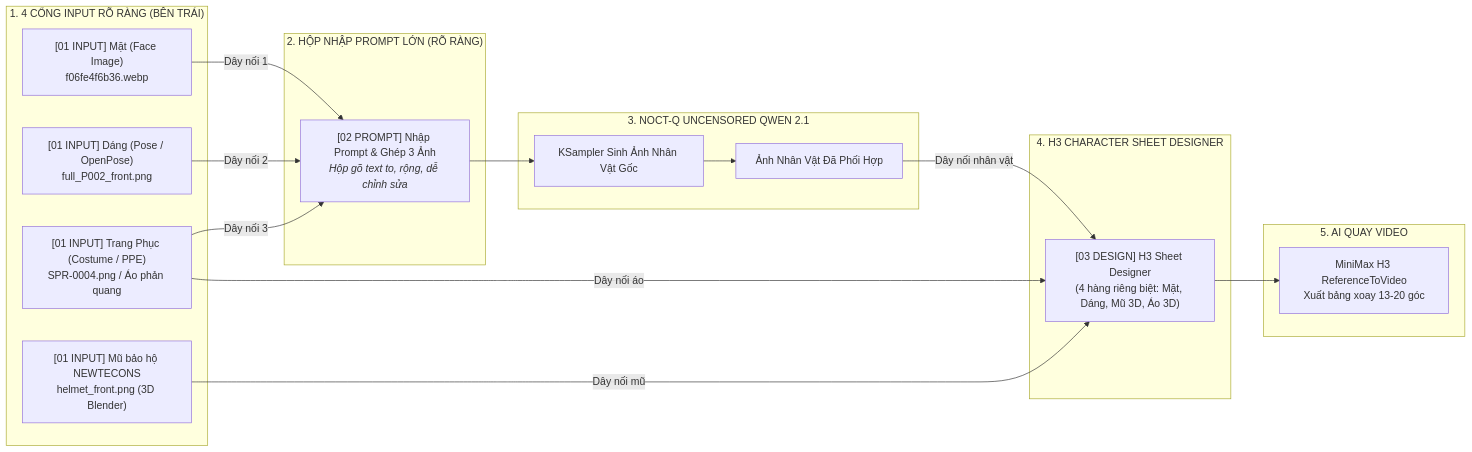
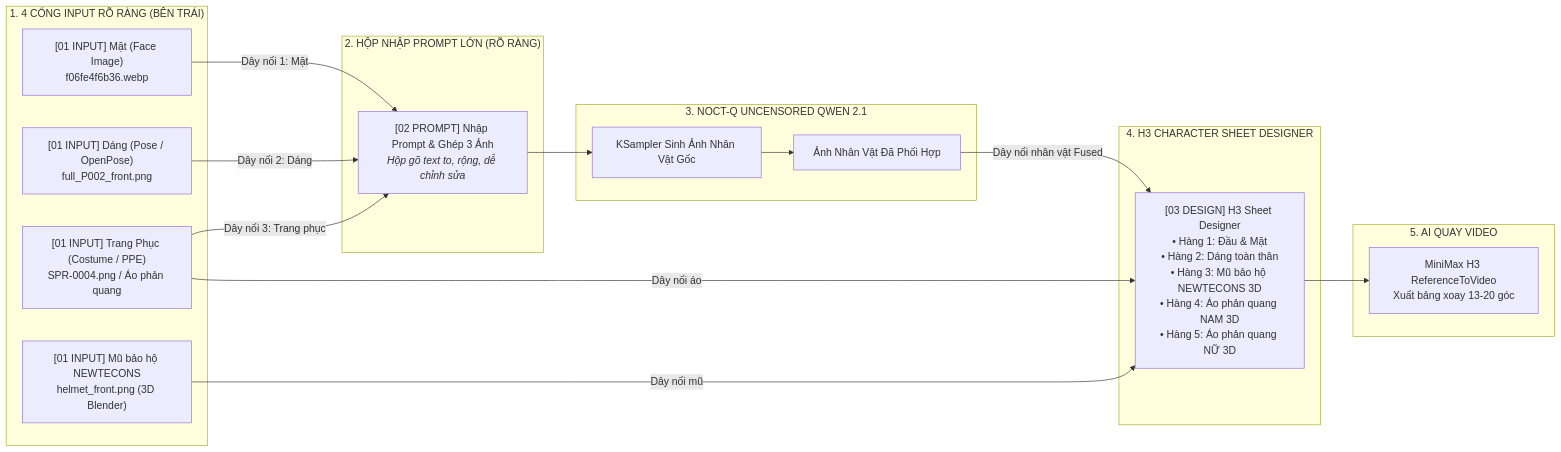
One commit to Long0308/ComfyUIStudio changed the diagram in README.md. Above: the diagram before and after it, drawn with Mermaid. The commit also changed other lines of this file and 10 other files, not shown here.

````diff
--- a/README.md
+++ b/README.md
@@ -148,36 +148,36 @@
 ```mermaid
 flowchart LR
     subgraph IN ["1. 4 CỔNG INPUT RÕ RÀNG (BÊN TRÁI)"]
         A["[01 INPUT] Mặt (Face Image)<br>f06fe4f6b36.webp"]
         B["[01 INPUT] Dáng (Pose / OpenPose)<br>full_P002_front.png"]
         C["[01 INPUT] Trang Phục (Costume / PPE)<br>SPR-0004.png / Áo phản quang"]
         D["[01 INPUT] Mũ bảo hộ NEWTECONS<br>helmet_front.png (3D Blender)"]
     end
 
     subgraph PROMPT_BOX ["2. HỘP NHẬP PROMPT LỚN (RÕ RÀNG)"]
         P["[02 PROMPT] Nhập Prompt & Ghép 3 Ảnh<br><i>Hộp gõ text to, rộng, dễ chỉnh sửa</i>"]
     end
 
     subgraph GEN ["3. NOCT-Q UNCENSORED QWEN 2.1"]
         K["KSampler Sinh Ảnh Nhân Vật Gốc"]
         V["Ảnh Nhân Vật Đã Phối Hợp"]
     end
 
     subgraph SHEET ["4. H3 CHARACTER SHEET DESIGNER"]
-        H3D["[03 DESIGN] H3 Sheet Designer<br>(4 hàng riêng biệt: Mặt, Dáng, Mũ 3D, Áo 3D)"]
+        H3D["[03 DESIGN] H3 Sheet Designer<br>• Hàng 1: Đầu & Mặt<br>• Hàng 2: Dáng toàn thân<br>• Hàng 3: Mũ bảo hộ NEWTECONS 3D<br>• Hàng 4: Áo phản quang NAM 3D<br>• Hàng 5: Áo phản quang NỮ 3D"]
     end
 
     subgraph VIDEO ["5. AI QUAY VIDEO"]
         H3V["MiniMax H3 ReferenceToVideo<br>Xuất bảng xoay 13-20 góc"]
     end
 
-    A -->|Dây nối 1| P
-    B -->|Dây nối 2| P
-    C -->|Dây nối 3| P
+    A -->|Dây nối 1: Mặt| P
+    B -->|Dây nối 2: Dáng| P
+    C -->|Dây nối 3: Trang phục| P
     P --> K
     K --> V
-    V -->|Dây nối nhân vật| H3D
+    V -->|Dây nối nhân vật Fused| H3D
     C -->|Dây nối áo| H3D
     D -->|Dây nối mũ| H3D
     H3D --> H3V
 ```
````
